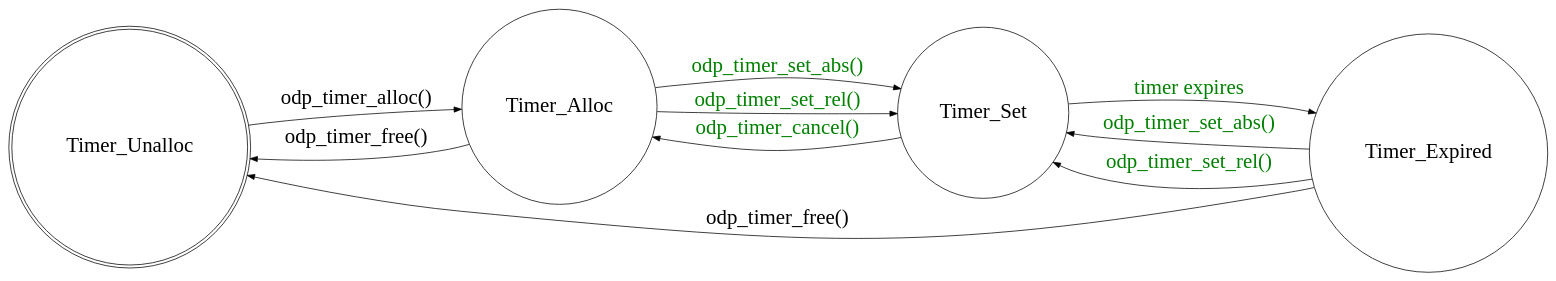
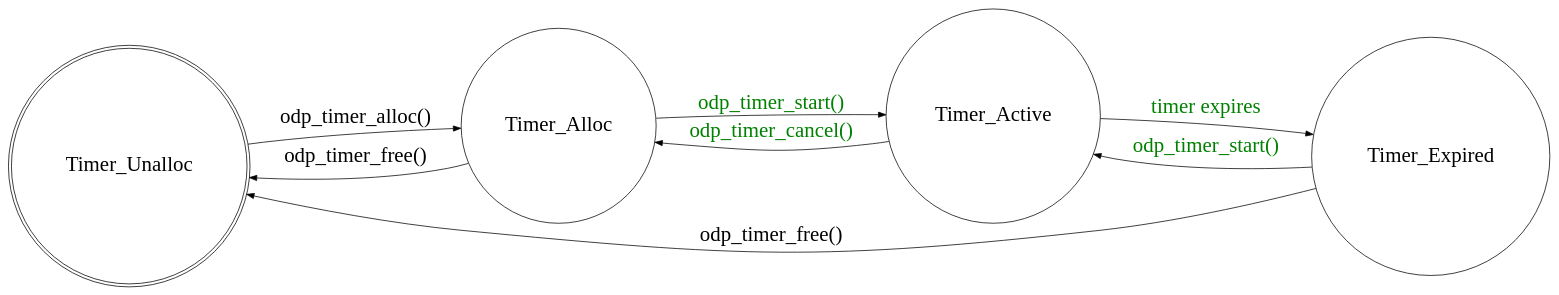
One commit to OpenDataPlane/odp changed the diagram in doc/images/timer_fsm.gv. Above: the diagram before and after it, drawn with Graphviz. The commit also changed 2 other files, not shown here.

Commit message:
doc: usersguide: update timer documentation
Remove references to deprecated odp_timer_set_abs() and odp_timer_set_rel()
functions from user's guide.

```diff
--- a/doc/images/timer_fsm.gv
+++ b/doc/images/timer_fsm.gv
@@ -1,19 +1,14 @@
 digraph timer_state_machine {
 	rankdir=LR;
 	node [fontsize=28];
 	edge [fontsize=28];
 	node [shape=doublecircle]; Timer_Unalloc;
-	node [shape=circle]; Timer_Alloc Timer_Set Timer_Expired
+	node [shape=circle]; Timer_Alloc Timer_Active Timer_Expired
 	Timer_Unalloc -> Timer_Alloc [label="odp_timer_alloc()"];
 	Timer_Alloc -> Timer_Unalloc [label="odp_timer_free()"];
-	Timer_Alloc -> Timer_Set [fontcolor=green,label="odp_timer_set_abs()"];
-	Timer_Alloc -> Timer_Set [fontcolor=green,label="odp_timer_set_rel()"];
-	Timer_Set -> Timer_Alloc [fontcolor=green,label="odp_timer_cancel()"];
-	Timer_Set -> Timer_Expired [fontcolor=green,label="timer expires"];
+	Timer_Alloc -> Timer_Active [fontcolor=green,label="odp_timer_start()"];
+	Timer_Active -> Timer_Alloc [fontcolor=green,label="odp_timer_cancel()"];
+	Timer_Active -> Timer_Expired [fontcolor=green,label="timer expires"];
 	Timer_Expired -> Timer_Unalloc [label="odp_timer_free()"];
-	Timer_Expired -> Timer_Set [fontcolor=green,
-				   label="odp_timer_set_abs()"];
-	Timer_Expired -> Timer_Set [fontcolor=green,
-				   label="odp_timer_set_rel()"];
-
+	Timer_Expired -> Timer_Active [fontcolor=green, label="odp_timer_start()"];
 }
```
